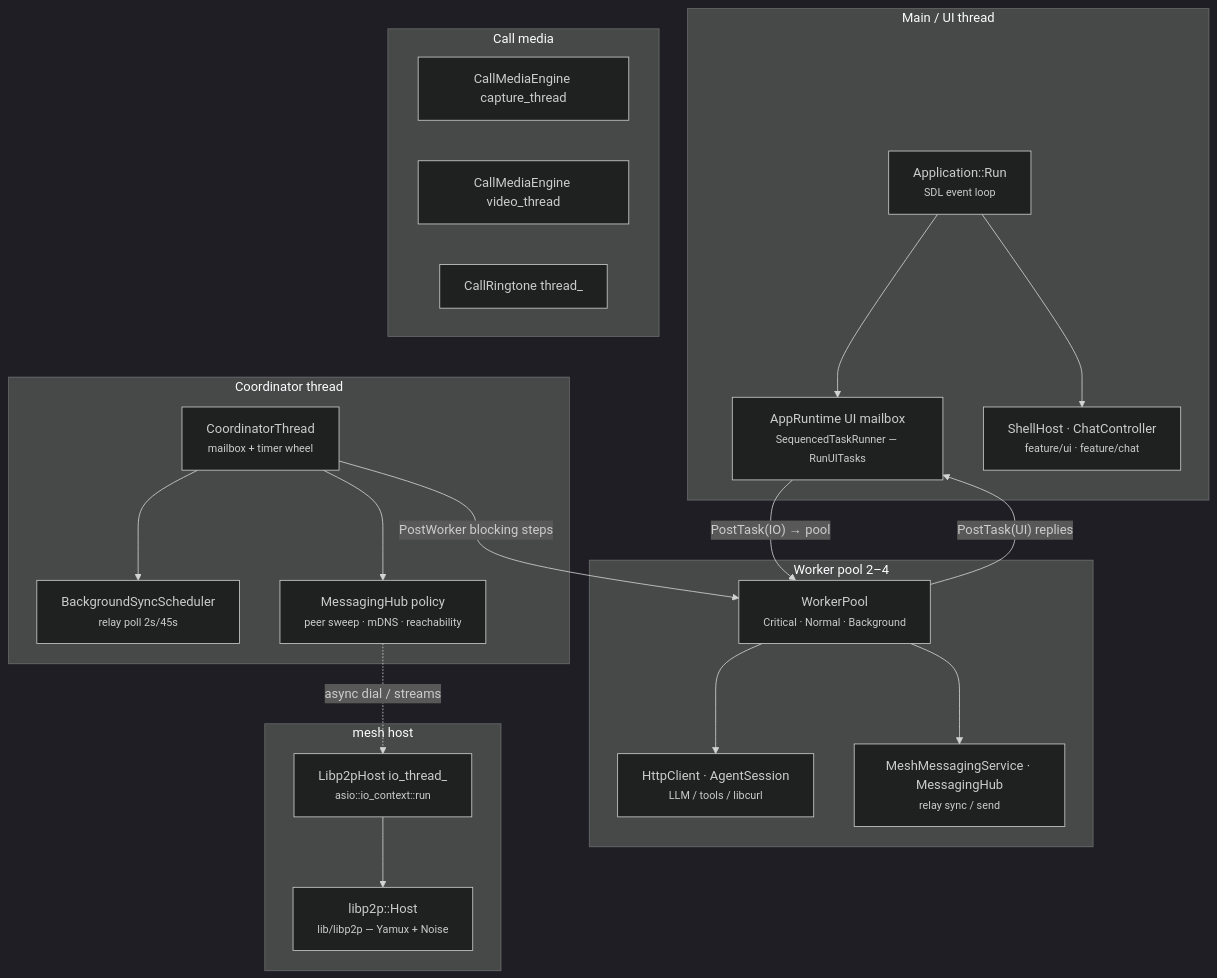
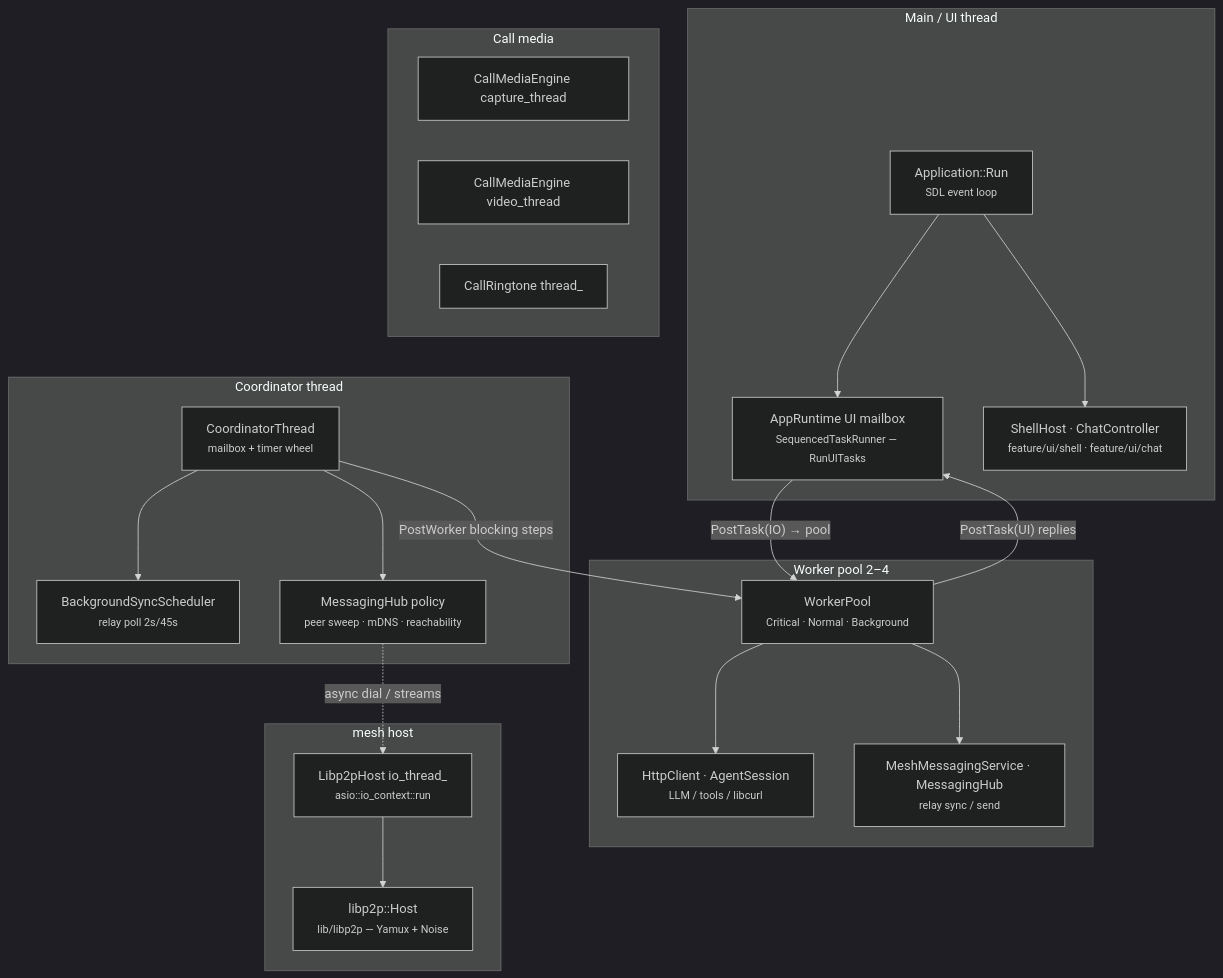
Before and after one commit to people-post/pp-browser: the fourth of 4 diagrams in docs/architecture/RUNTIME_COMPOSITION.md, drawn with Mermaid (dark theme). The commit also changed other lines of this file and 164 other files, not shown here.

First line of the commit message:
refactor: absorb chat into ui; nest shell/contacts bands (f5v1)

````diff
--- a/docs/architecture/RUNTIME_COMPOSITION.md
+++ b/docs/architecture/RUNTIME_COMPOSITION.md
@@ -234,43 +234,43 @@
 ```mermaid
 flowchart TB
   subgraph main["Main / UI thread"]
     SDL["Application::Run<br/><small>SDL event loop</small>"]
     UIQ["AppRuntime UI mailbox<br/><small>SequencedTaskRunner — RunUITasks</small>"]
-    ShellTick["ShellHost · ChatController<br/><small>feature/ui · feature/chat</small>"]
+    ShellTick["ShellHost · ChatController<br/><small>feature/ui/shell · feature/ui/chat</small>"]
     SDL --> UIQ
     SDL --> ShellTick
   end
 
   subgraph coord["Coordinator thread"]
     Coord["CoordinatorThread<br/><small>mailbox + timer wheel</small>"]
     RelayPoll["BackgroundSyncScheduler<br/><small>relay poll 2s/45s</small>"]
     HubPolicy["MessagingHub policy<br/><small>peer sweep · mDNS · reachability</small>"]
     Coord --> RelayPoll
     Coord --> HubPolicy
   end
 
   subgraph pool["Worker pool 2–4"]
     Pool["WorkerPool<br/><small>Critical · Normal · Background</small>"]
     Http["HttpClient · AgentSession<br/><small>LLM / tools / libcurl</small>"]
     P2pWork["MeshMessagingService · MessagingHub<br/><small>relay sync / send</small>"]
     Pool --> Http
     Pool --> P2pWork
   end
 
   subgraph libp2p_stack["mesh host"]
     LpIo["Libp2pHost io_thread_<br/><small>asio::io_context::run</small>"]
     Host["libp2p::Host<br/><small>lib/libp2p — Yamux + Noise</small>"]
     LpIo --> Host
   end
 
   subgraph media_stack["Call media"]
     Cap["CallMediaEngine capture_thread"]
     Vid["CallMediaEngine video_thread"]
     Ring["CallRingtone thread_"]
   end
 
   UIQ -->|"PostTask(IO) → pool"| Pool
   Pool -->|"PostTask(UI) replies"| UIQ
   Coord -->|"PostWorker blocking steps"| Pool
   HubPolicy -.->|"async dial / streams"| LpIo
 ```
````
